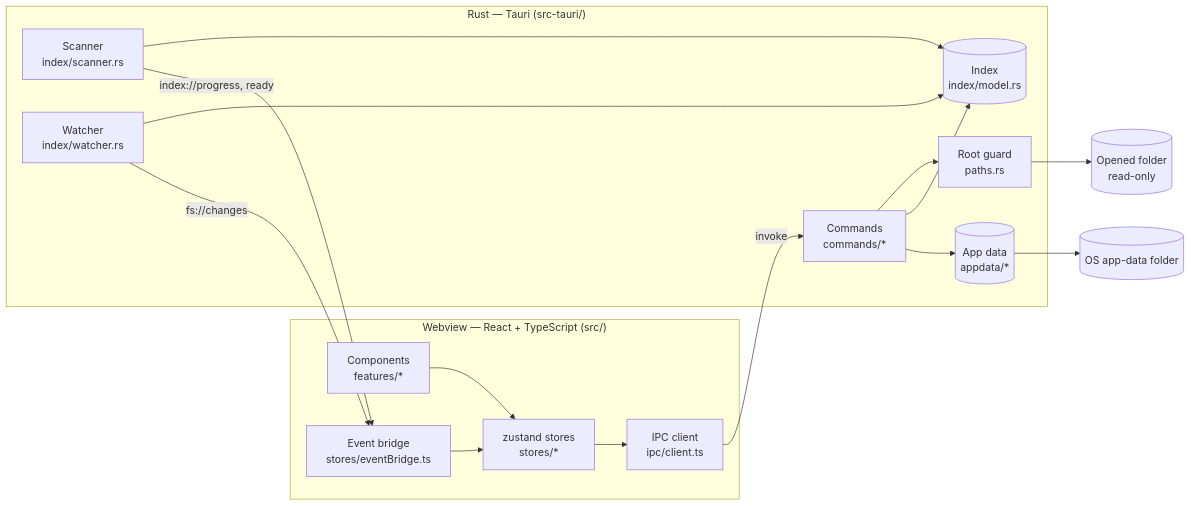
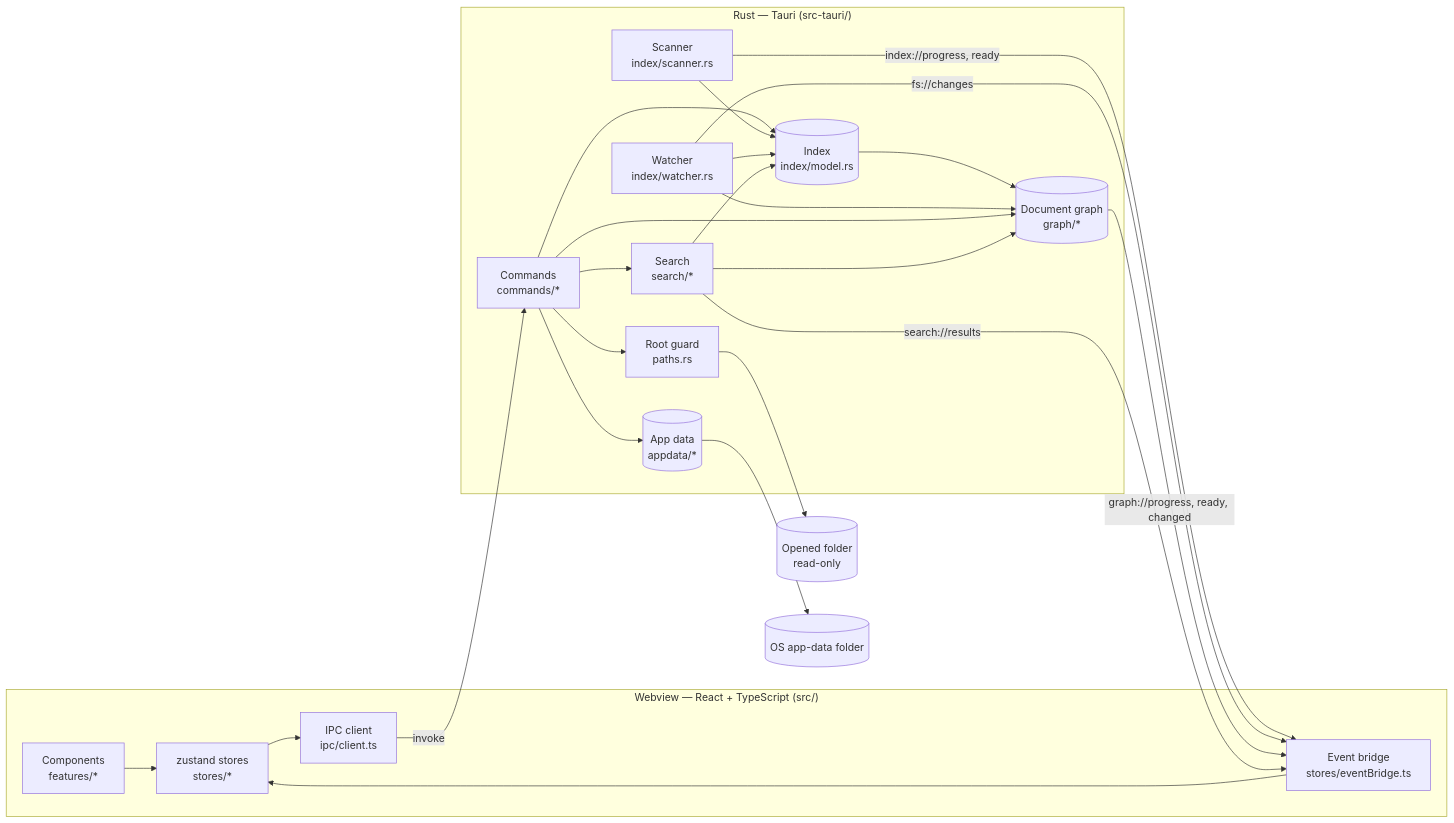
One commit to jean3978/IGrasp changed the first of 6 diagrams in docs/architecture.md. Above: the diagram before and after it, drawn with Mermaid. The commit also changed other lines of this file and 19 other files, not shown here.

First line of the commit message:
docs: feature pages, architecture, ADRs and README for 0.2.0

````diff
--- a/docs/architecture.md
+++ b/docs/architecture.md
@@ -8,20 +8,28 @@
 ```mermaid
 flowchart LR
   subgraph Webview["Webview — React + TypeScript (src/)"]
     UI[Components<br/>features/*] --> Stores[zustand stores<br/>stores/*]
     Stores --> Client[IPC client<br/>ipc/client.ts]
     Bridge[Event bridge<br/>stores/eventBridge.ts] --> Stores
   end
   subgraph Rust["Rust — Tauri (src-tauri/)"]
     Commands[Commands<br/>commands/*] --> Guard[Root guard<br/>paths.rs]
     Commands --> Index[(Index<br/>index/model.rs)]
     Scanner[Scanner<br/>index/scanner.rs] --> Index
     Watcher[Watcher<br/>index/watcher.rs] --> Index
+    Index --> Graph[(Document graph<br/>graph/*)]
+    Watcher --> Graph
+    Commands --> Graph
+    Commands --> Search[Search<br/>search/*]
+    Search --> Index
+    Search --> Graph
     Commands --> AppData[(App data<br/>appdata/*)]
   end
   Client -- invoke --> Commands
   Scanner -- "index://progress, ready" --> Bridge
   Watcher -- "fs://changes" --> Bridge
+  Graph -- "graph://progress, ready, changed" --> Bridge
+  Search -- "search://results" --> Bridge
   Guard --> Folder[(Opened folder<br/>read-only)]
   AppData --> Disk[(OS app-data folder)]
 ```
````
